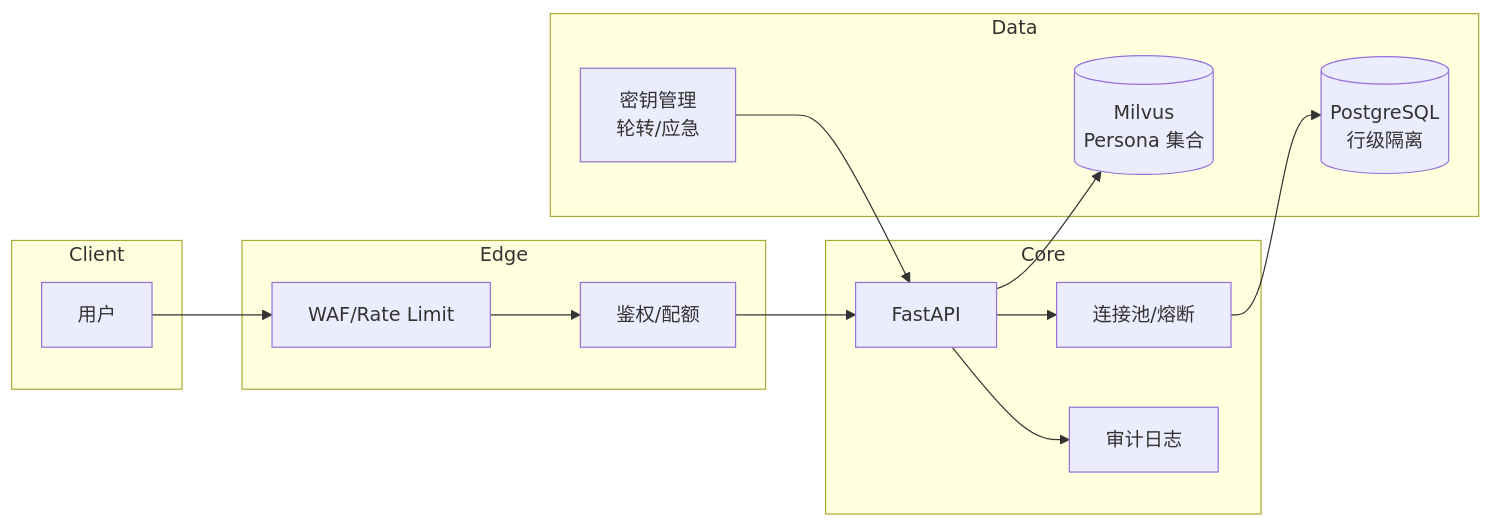
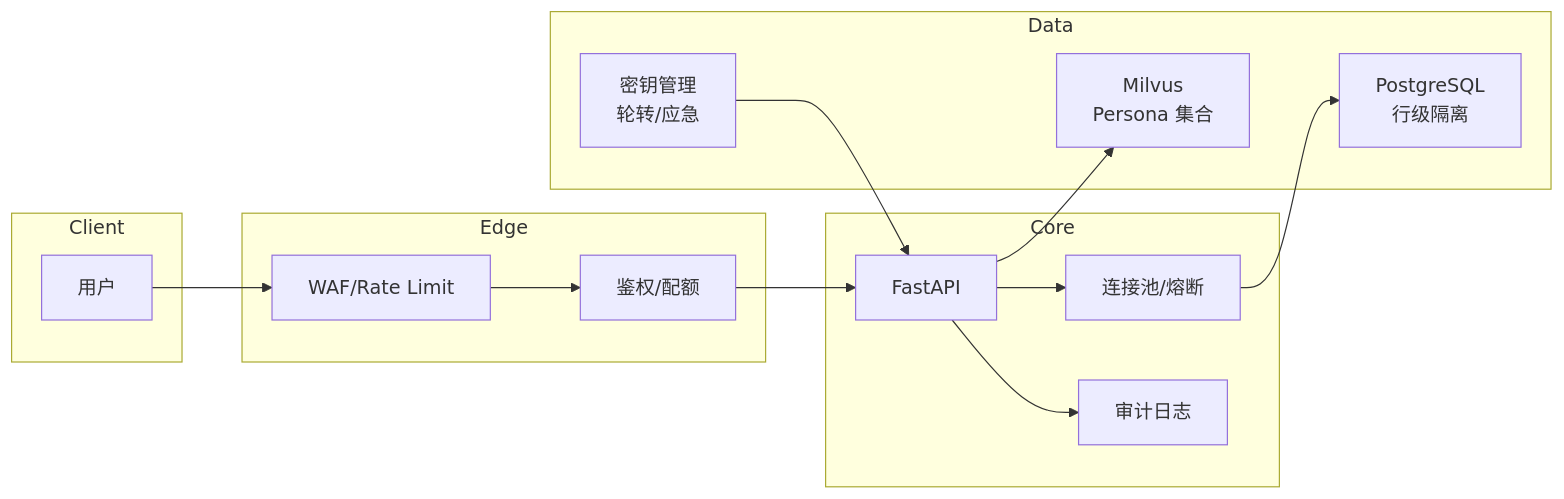
The sixth of 6 diagrams in docs/作品报告.md (KirisameLonnet/Mul_in_ONE), drawn with Mermaid before and after one commit. The commit also changed other lines of this file and 2 other files, not shown here.

````diff
--- a/docs/作品报告.md
+++ b/docs/作品报告.md
@@ -183,24 +347,28 @@
 ```mermaid
 graph LR
     subgraph Client
-        U[用户]
+        U["用户"]
     end
     subgraph Edge
-        WAF[WAF/Rate Limit]
-        Auth[鉴权/配额]
+        WAF["WAF/Rate Limit"]
+        Auth["鉴权/配额"]
     end
     subgraph Core
-        API[FastAPI]
-        Pool[连接池/熔断]
-        Audit[审计日志]
+        API["FastAPI"]
+        Pool["连接池/熔断"]
+        Audit["审计日志"]
     end
     subgraph Data
-        DB[(PostgreSQL<br/>行级隔离)]
-        VEC[(Milvus<br/>Persona 集合)]
-        KMS[密钥管理<br/>轮转/应急]
+        DB["PostgreSQL<br/>行级隔离"]
+        VEC["Milvus<br/>Persona 集合"]
+        KMS["密钥管理<br/>轮转/应急"]
     end
-    U --> WAF --> Auth --> API --> Pool --> DB
+    U --> WAF
+    WAF --> Auth
+    Auth --> API
+    API --> Pool
+    Pool --> DB
     API --> VEC
     API --> Audit
     KMS --> API
 ```
````
